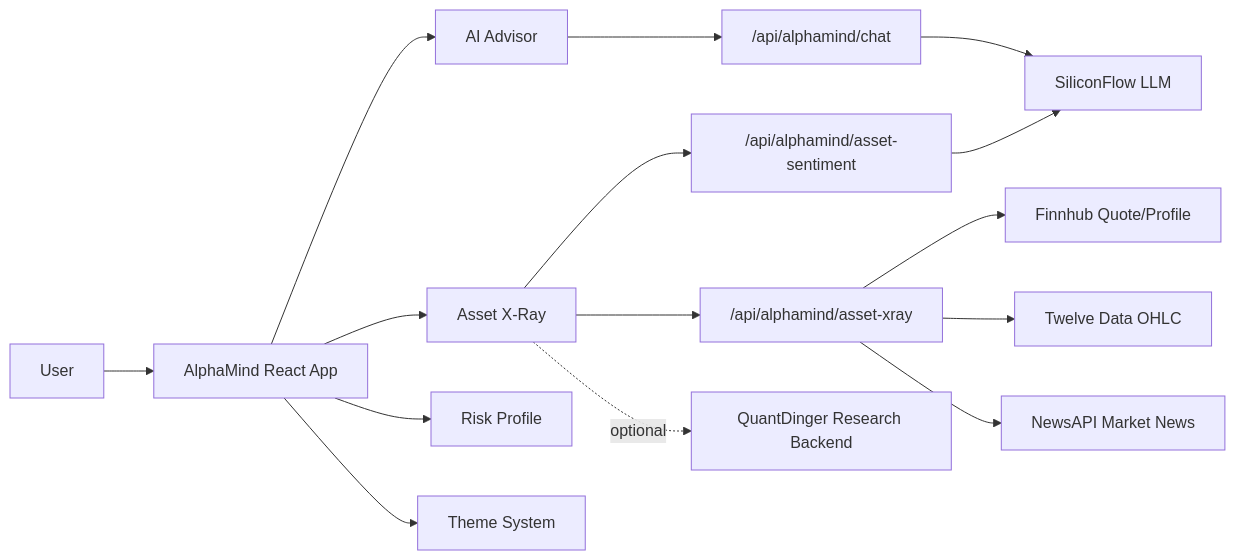
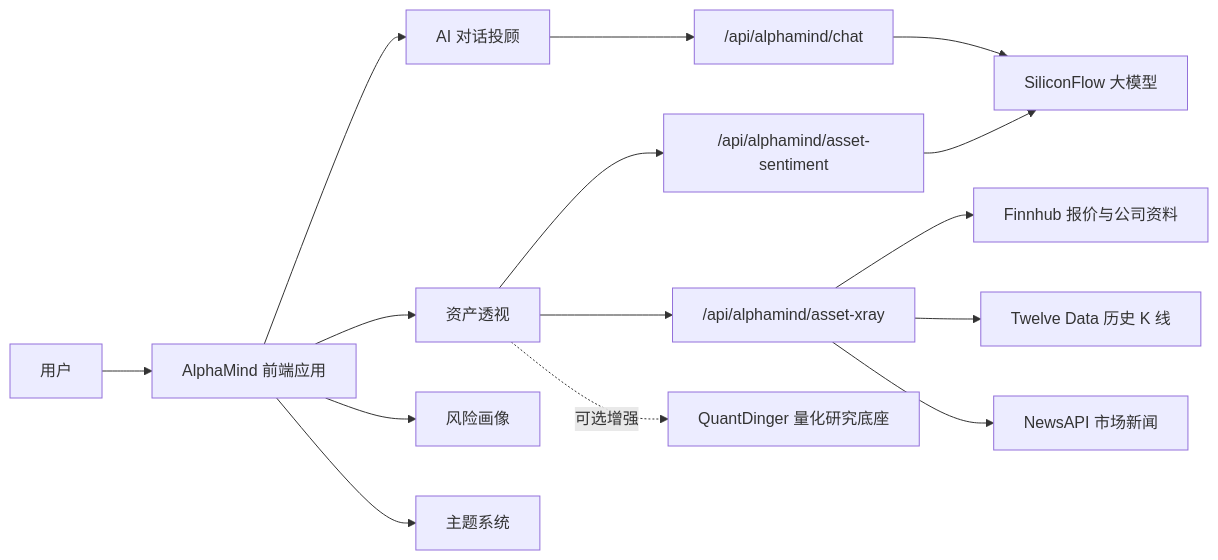
The diagram in README.md (LCY2117/AlphaMind-Landing-Page-Design), drawn with Mermaid before and after one commit. The commit also changed other lines of this file, not shown here.

````diff
--- a/README.md
+++ b/README.md
@@ -63,20 +56,20 @@
 ```mermaid
 flowchart LR
-  User["User"] --> UI["AlphaMind React App"]
-  UI --> Chat["AI Advisor"]
-  UI --> XRay["Asset X-Ray"]
-  UI --> Risk["Risk Profile"]
-  UI --> Theme["Theme System"]
+  User["用户"] --> UI["AlphaMind 前端应用"]
+  UI --> Chat["AI 对话投顾"]
+  UI --> XRay["资产透视"]
+  UI --> Risk["风险画像"]
+  UI --> Theme["主题系统"]
 
   Chat --> ChatProxy["/api/alphamind/chat"]
   XRay --> MarketProxy["/api/alphamind/asset-xray"]
   XRay --> SentimentProxy["/api/alphamind/asset-sentiment"]
 
-  ChatProxy --> SiliconFlow["SiliconFlow LLM"]
+  ChatProxy --> SiliconFlow["SiliconFlow 大模型"]
   SentimentProxy --> SiliconFlow
-  MarketProxy --> Finnhub["Finnhub Quote/Profile"]
-  MarketProxy --> TwelveData["Twelve Data OHLC"]
-  MarketProxy --> NewsAPI["NewsAPI Market News"]
+  MarketProxy --> Finnhub["Finnhub 报价与公司资料"]
+  MarketProxy --> TwelveData["Twelve Data 历史 K 线"]
+  MarketProxy --> NewsAPI["NewsAPI 市场新闻"]
 
-  XRay -. optional .-> QuantDinger["QuantDinger Research Backend"]
+  XRay -. 可选增强 .-> QuantDinger["QuantDinger 量化研究底座"]
 ```
````
